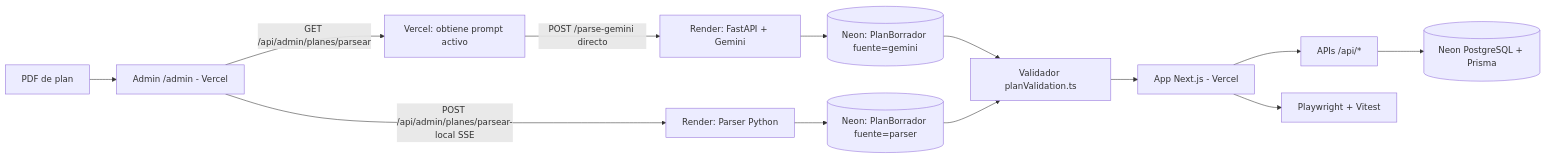
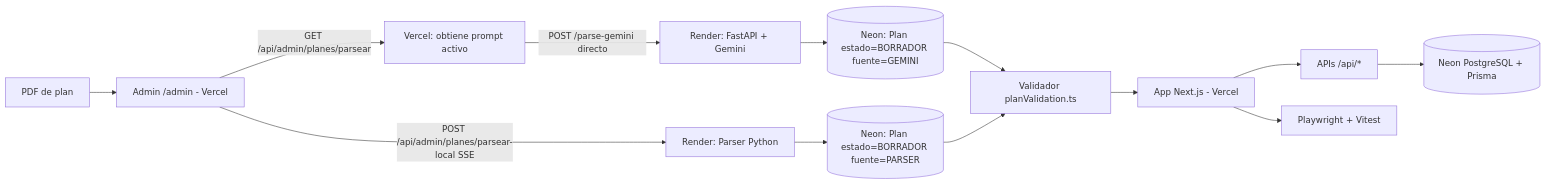
One commit to candela-ledesma/uns-correlativas-web changed the diagram in README.md. Above: the diagram before and after it, drawn with Mermaid. The commit also changed other lines of this file, not shown here.

````diff
--- a/README.md
+++ b/README.md
@@ -15,15 +15,15 @@
 ```mermaid
 flowchart LR
   A[PDF de plan] --> I[Admin /admin - Vercel]
   I -->|GET /api/admin/planes/parsear| VP[Vercel: obtiene prompt activo]
   VP -->|POST /parse-gemini directo| B2[Render: FastAPI + Gemini]
   I -->|POST /api/admin/planes/parsear-local SSE| B1[Render: Parser Python]
-  B2 --> BD[(Neon: PlanBorrador fuente=gemini)]
-  B1 --> BD2[(Neon: PlanBorrador fuente=parser)]
+  B2 --> BD[(Neon: Plan estado=BORRADOR fuente=GEMINI)]
+  B1 --> BD2[(Neon: Plan estado=BORRADOR fuente=PARSER)]
   BD --> D[Validador planValidation.ts]
   BD2 --> D
   D --> E[App Next.js - Vercel]
   E --> F[APIs /api/*]
   F --> G[(Neon PostgreSQL + Prisma)]
   E --> H[Playwright + Vitest]
 ```
````
